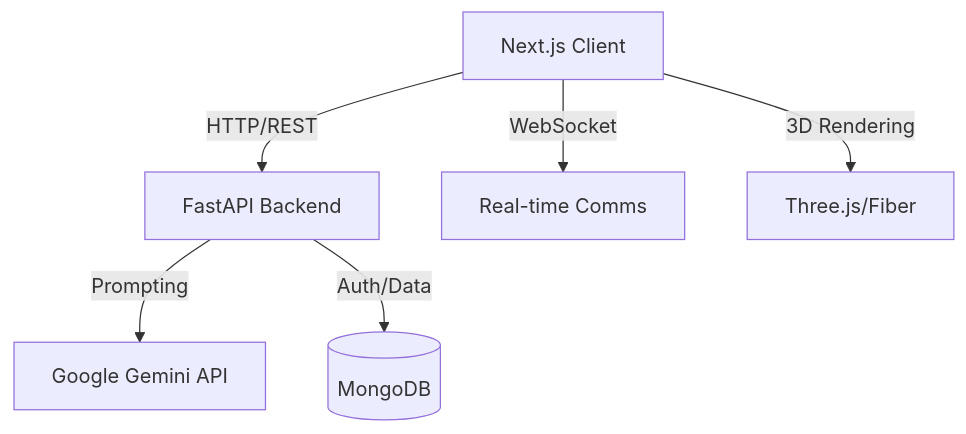
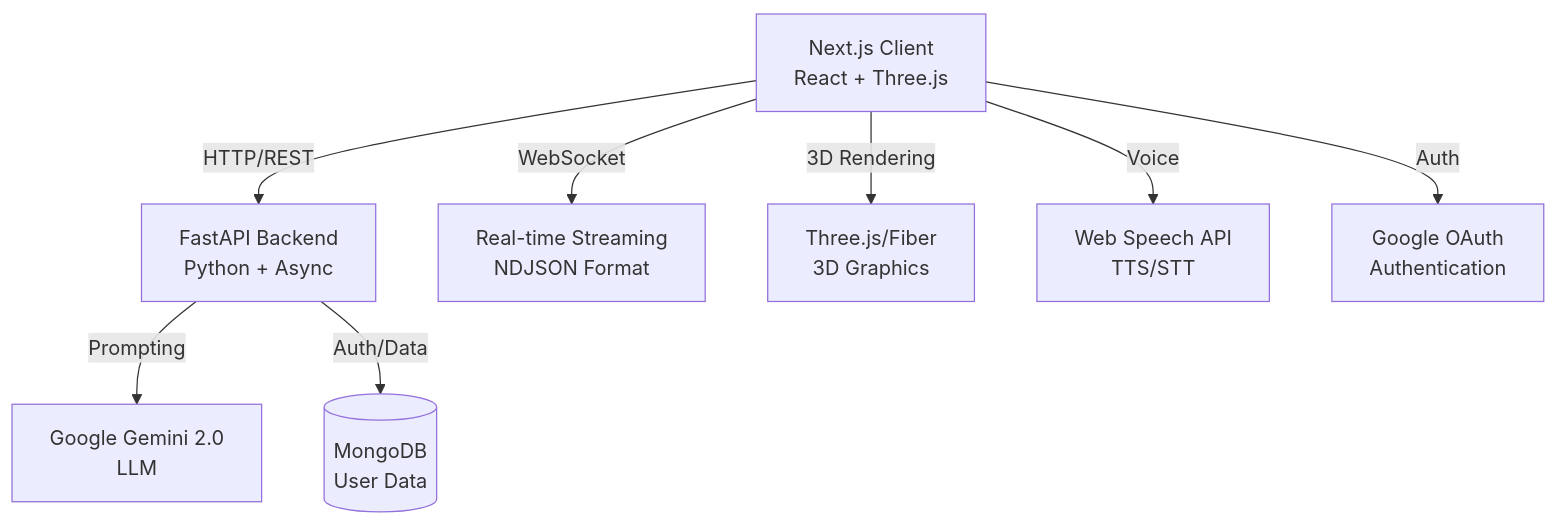
One commit to dpp0007/Elixra changed the diagram in README.md. Above: the diagram before and after it, drawn with Mermaid. The commit also changed other lines of this file and 1 other file, not shown here.

````diff
--- a/README.md
+++ b/README.md
@@ -57,8 +72,10 @@
 ```mermaid
 graph TD
-    Client[Next.js Client] -->|HTTP/REST| API[FastAPI Backend]
-    Client -->|WebSocket| WS[Real-time Comms]
-    API -->|Prompting| AI[Google Gemini API]
-    API -->|Auth/Data| DB[(MongoDB)]
-    Client -->|3D Rendering| Three[Three.js/Fiber]
+    Client[Next.js Client<br/>React + Three.js] -->|HTTP/REST| API[FastAPI Backend<br/>Python + Async]
+    Client -->|WebSocket| WS[Real-time Streaming<br/>NDJSON Format]
+    API -->|Prompting| AI[Google Gemini 2.0<br/>LLM]
+    API -->|Auth/Data| DB[(MongoDB<br/>User Data)]
+    Client -->|3D Rendering| Three[Three.js/Fiber<br/>3D Graphics]
+    Client -->|Voice| Voice[Web Speech API<br/>TTS/STT]
+    Client -->|Auth| OAuth[Google OAuth<br/>Authentication]
 ```
````
